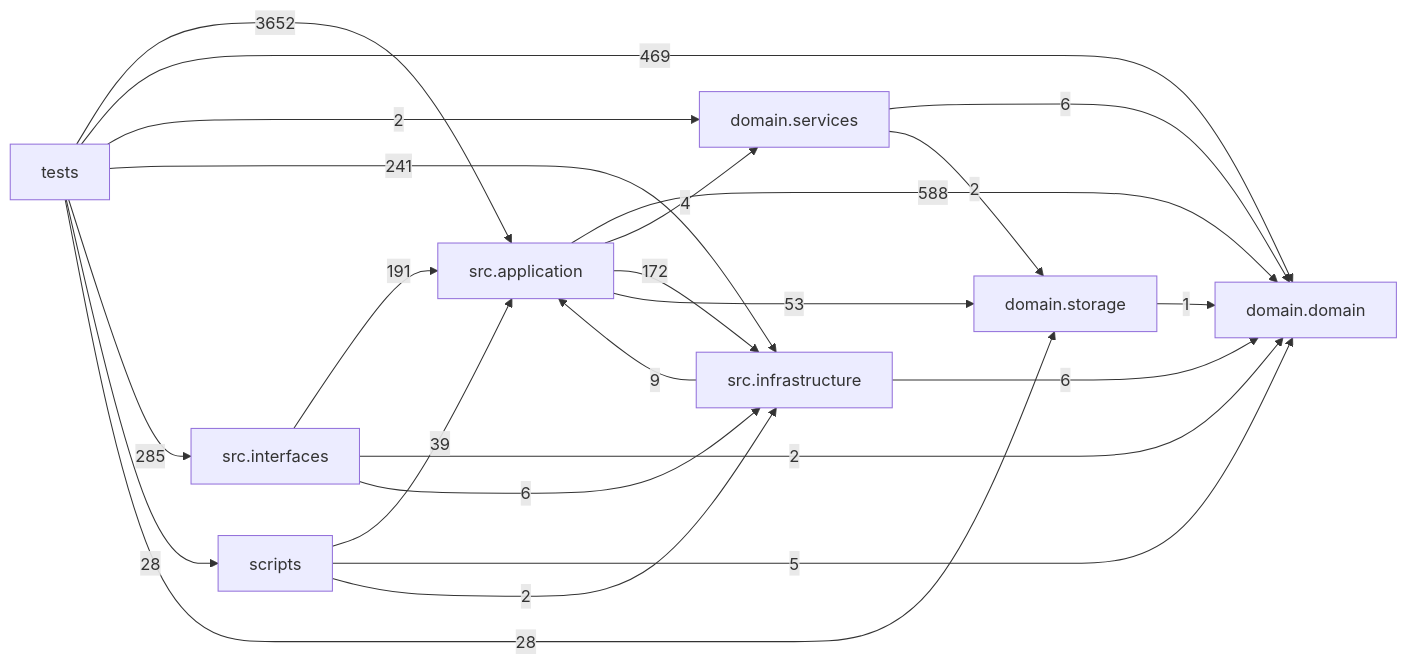
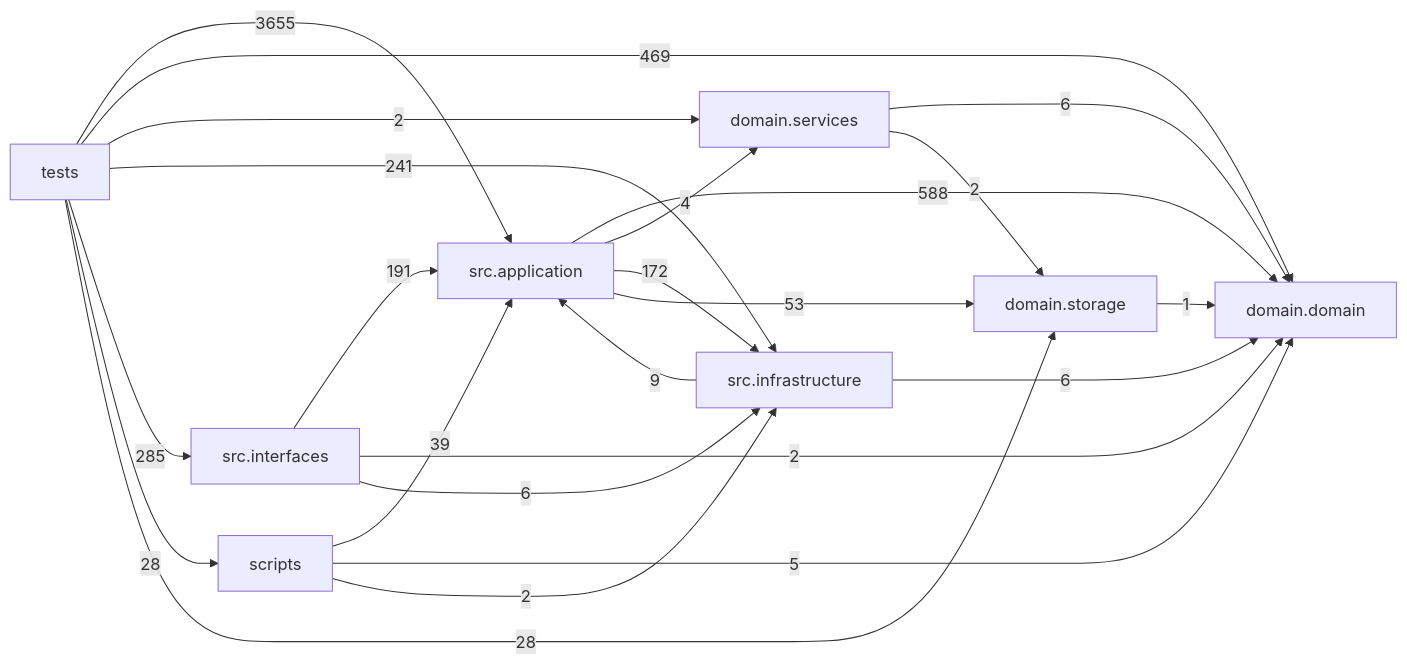
One commit to liuxie066/options-monitor changed the diagram in docs/DEPENDENCY_GRAPH.md. Above: the diagram before and after it, drawn with Mermaid. The commit also changed other lines of this file, not shown here.

Commit message:
docs(graph): refresh test imports for issue 405

````diff
--- a/docs/DEPENDENCY_GRAPH.md
+++ b/docs/DEPENDENCY_GRAPH.md
@@ -24,33 +24,33 @@
 ```mermaid
 flowchart LR
   tests["tests"]
   scripts["scripts"]
   interfaces["src.interfaces"]
   application["src.application"]
   infrastructure["src.infrastructure"]
   domain_services["domain.services"]
   domain["domain.domain"]
   storage["domain.storage"]
   application -->|588| domain
   application -->|4| domain_services
   application -->|172| infrastructure
   application -->|53| storage
   domain_services -->|6| domain
   domain_services -->|2| storage
   infrastructure -->|9| application
   infrastructure -->|6| domain
   interfaces -->|191| application
   interfaces -->|2| domain
   interfaces -->|6| infrastructure
   scripts -->|39| application
   scripts -->|5| domain
   scripts -->|2| infrastructure
   storage -->|1| domain
-  tests -->|3652| application
+  tests -->|3655| application
   tests -->|469| domain
   tests -->|2| domain_services
   tests -->|241| infrastructure
   tests -->|285| interfaces
   tests -->|28| scripts
   tests -->|28| storage
 ```
````
